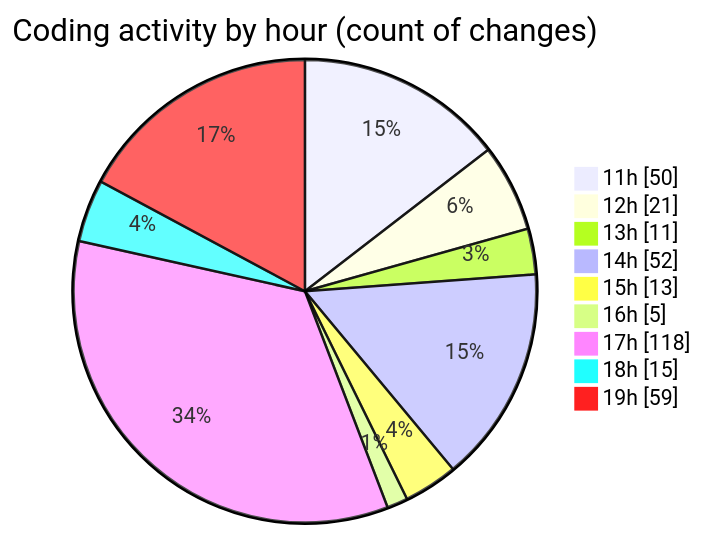
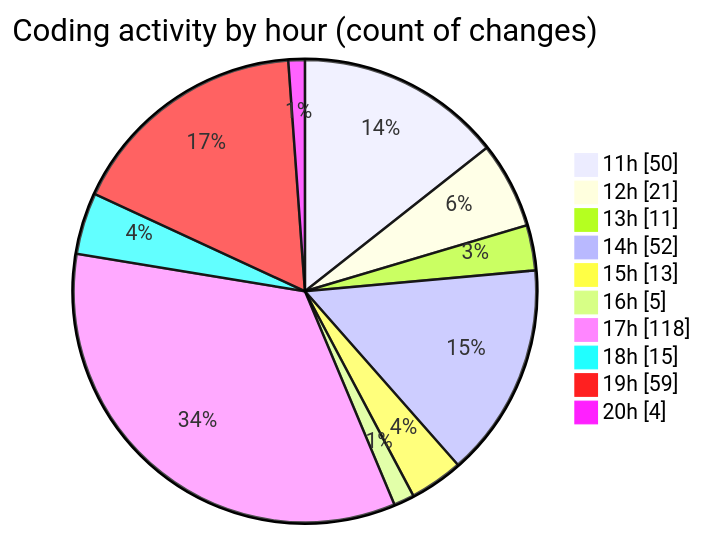
The second of 2 diagrams in 2026-02-06/singularitybrainai/README.md (tmsrecording-cyber/code-tracking), drawn with Mermaid before and after one commit. The commit also changed other lines of this file and 1 other file, not shown here.

````diff
--- a/2026-02-06/singularitybrainai/README.md
+++ b/2026-02-06/singularitybrainai/README.md
@@ -52,13 +53,14 @@
 ```mermaid
 pie showData
 title Coding activity by hour (count of changes)
 "11h" : 50
 "12h" : 21
 "13h" : 11
 "14h" : 52
 "15h" : 13
 "16h" : 5
 "17h" : 118
 "18h" : 15
 "19h" : 59
+"20h" : 4
 ```
````
